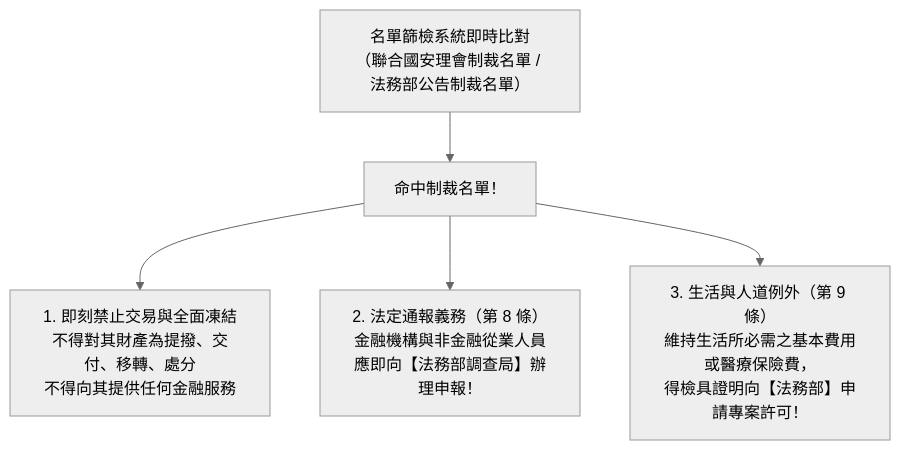
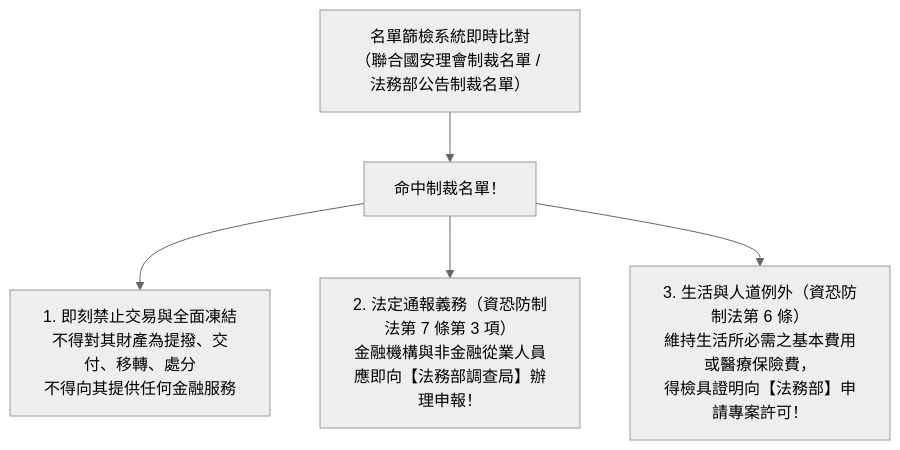
The diagram in 教材/防制洗錢與打擊資恐重點教材/04_資恐防制法要件與目標性金融制裁名單篩檢.md (ehackerevan/exam-study-platform), drawn with Mermaid (neutral theme) before and after one commit. The commit also changed other lines of this file and 16 other files, not shown here.

````diff
--- a/教材/防制洗錢與打擊資恐重點教材/04_資恐防制法要件與目標性金融制裁名單篩檢.md
+++ b/教材/防制洗錢與打擊資恐重點教材/04_資恐防制法要件與目標性金融制裁名單篩檢.md
@@ -39,7 +39,7 @@
 ```mermaid
 graph TD
     A["名單篩檢系統即時比對<br/>（聯合國安理會制裁名單 / 法務部公告制裁名單）"] --> B[" 命中制裁名單！"]
     B --> C["1. 即刻禁止交易與全面凍結<br/>不得對其財產為提撥、交付、移轉、處分<br/>不得向其提供任何金融服務"]
-    B --> D["2. 法定通報義務（第 8 條）<br/>金融機構與非金融從業人員應即向【法務部調查局】辦理申報！"]
-    B --> E["3. 生活與人道例外（第 9 條）<br/>維持生活所必需之基本費用或醫療保險費，<br/>得檢具證明向【法務部】申請專案許可！"]
+    B --> D["2. 法定通報義務（資恐防制法第 7 條第 3 項）<br/>金融機構與非金融從業人員應即向【法務部調查局】辦理申報！"]
+    B --> E["3. 生活與人道例外（資恐防制法第 6 條）<br/>維持生活所必需之基本費用或醫療保險費，<br/>得檢具證明向【法務部】申請專案許可！"]
 ```
````
